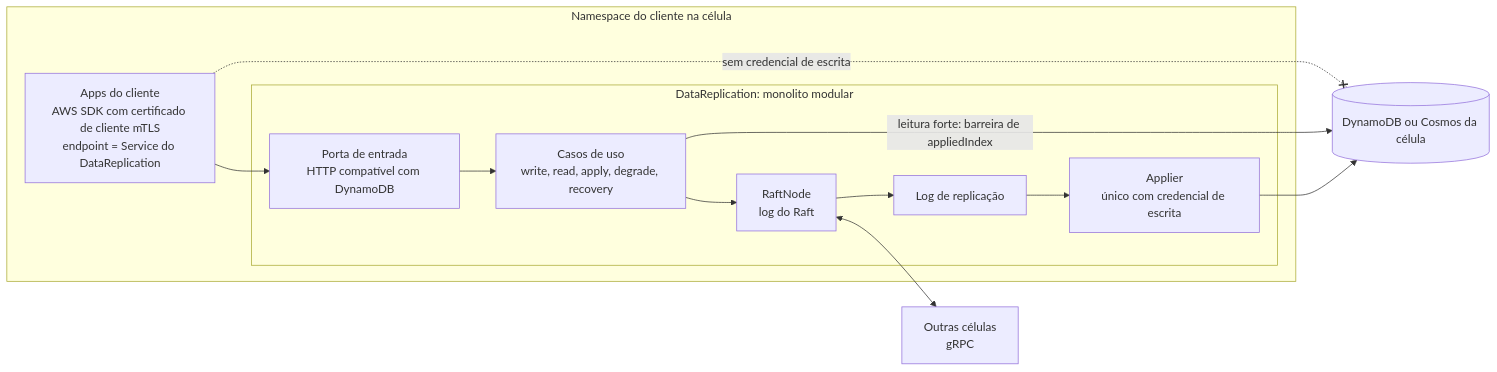
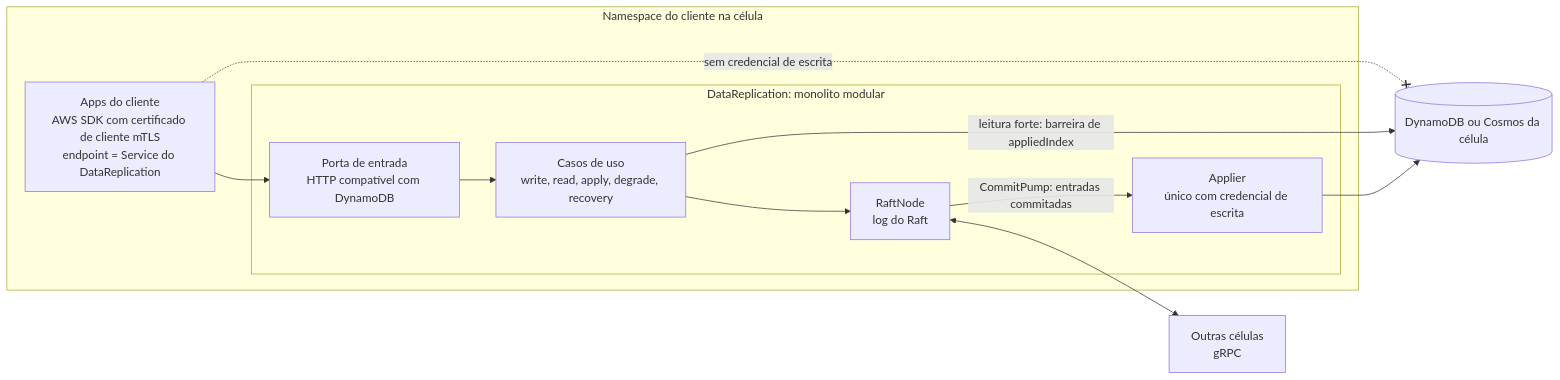
One commit to brbarmex/k changed the diagram in doc/02_cenarios/atualizados/C02-dentro-da-celula.md. Above: the diagram before and after it, drawn with Mermaid. The commit also changed 197 other files, not shown here.

First line of the commit message:
Remove o log de replicação (replog) e todas as menções

````diff
--- a/doc/02_cenarios/atualizados/C02-dentro-da-celula.md
+++ b/doc/02_cenarios/atualizados/C02-dentro-da-celula.md
@@ -11,21 +11,19 @@
 ```mermaid
 flowchart LR
     subgraph NS["Namespace do cliente na célula"]
         APPS["Apps do cliente<br/>AWS SDK com certificado de cliente mTLS<br/>endpoint = Service do DataReplication"]
         subgraph DR["DataReplication: monolito modular"]
             API["Porta de entrada<br/>HTTP compatível com DynamoDB"]
             UC["Casos de uso<br/>write, read, apply, degrade, recovery"]
             RAFT["RaftNode<br/>log do Raft"]
-            REPL["Log de replicação"]
             APL["Applier<br/>único com credencial de escrita"]
         end
     end
     APPS --> API --> UC
     UC --> RAFT
-    RAFT --> REPL
-    REPL --> APL
+    RAFT -->|"CommitPump: entradas commitadas"| APL
     APL --> DB[("DynamoDB ou Cosmos da célula")]
     UC -- "leitura forte: barreira de appliedIndex" --> DB
     APPS -. "sem credencial de escrita" .-x DB
     RAFT <--> PEERS["Outras células<br/>gRPC"]
 ```
````
